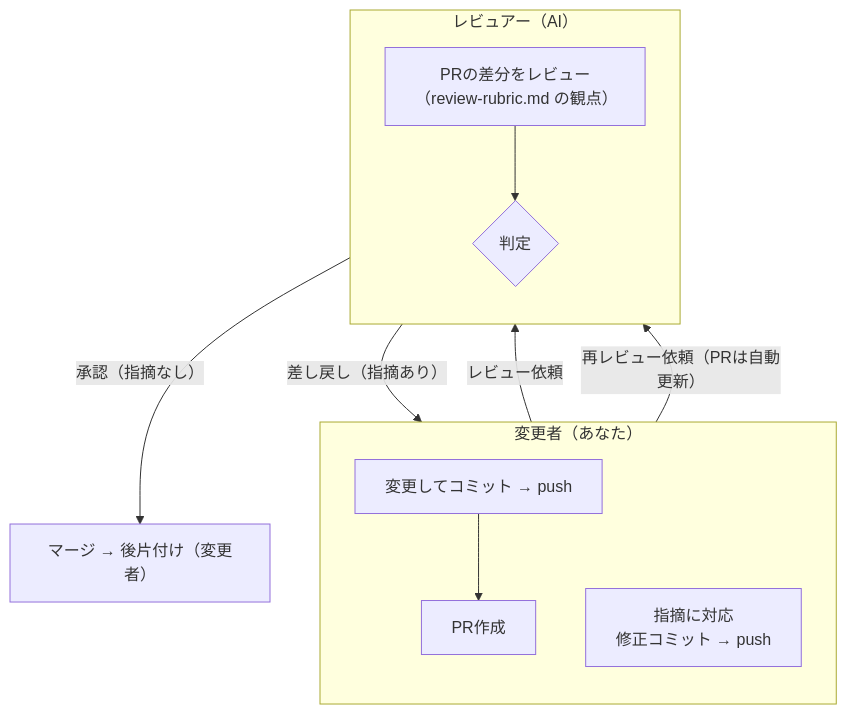
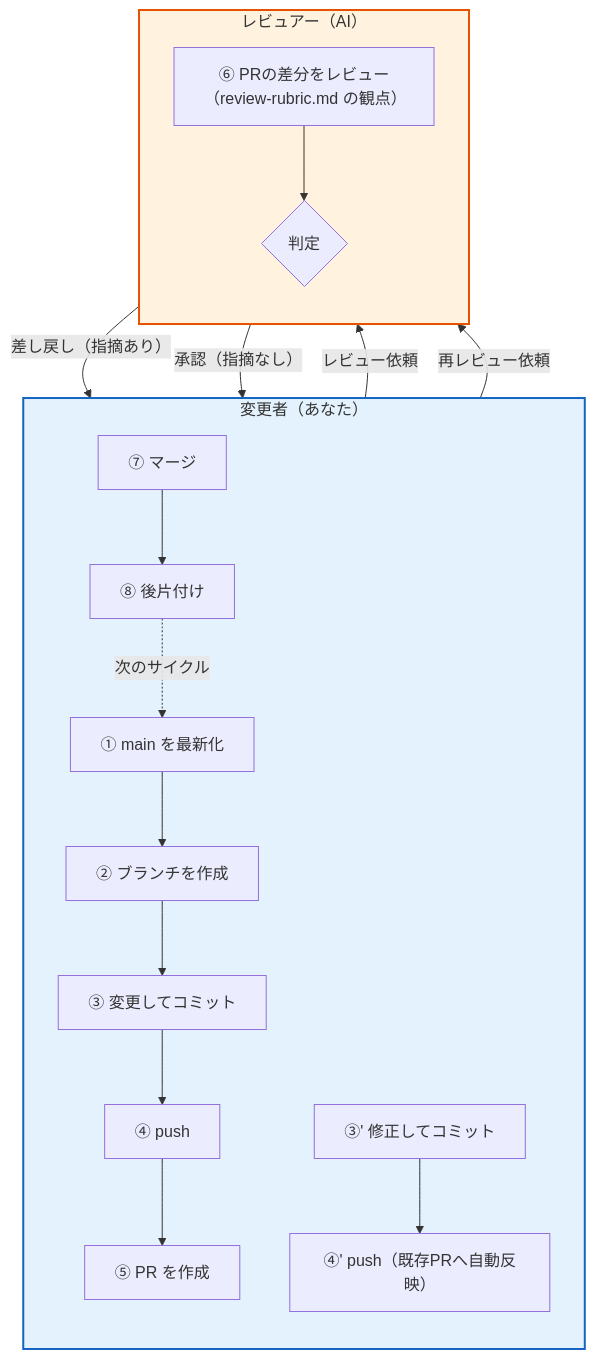
The second of 2 diagrams in docs/pr-workflow.md (mgmaru/coding-practice), drawn with Mermaid before and after one commit.

Commit message:
PR手順書: AIレビュー版の全体像を全フロー化＋レーン色分け
②の図を①〜⑧＋修正ループ＋次サイクルを含む完全版に拡充。
変更者レーン(青)/レビュアー(AI)レーン(オレンジ)で枠の色を分けて担い手を明確化。

````diff
--- a/docs/pr-workflow.md
+++ b/docs/pr-workflow.md
@@ -33,16 +33,24 @@
 ```mermaid
 flowchart TD
   subgraph DEV["変更者（あなた）"]
     direction TB
-    C["変更してコミット → push"] --> E["PR作成"]
-    FIX["指摘に対応<br/>修正コミット → push"]
+    A["① main を最新化"] --> B["② ブランチを作成"]
+    B --> C["③ 変更してコミット"]
+    C --> D["④ push"]
+    D --> E["⑤ PR を作成"]
+    FIX["③' 修正してコミット"] --> FIXP["④' push（既存PRへ自動反映）"]
+    H["⑦ マージ"] --> I["⑧ 後片付け"]
   end
   subgraph REV["レビュアー（AI）"]
     direction TB
-    RV["PRの差分をレビュー<br/>（review-rubric.md の観点）"] --> G{"判定"}
+    RV["⑥ PRの差分をレビュー<br/>（review-rubric.md の観点）"] --> G{"判定"}
   end
   E -->|"レビュー依頼"| RV
+  FIXP -->|"再レビュー依頼"| RV
   G -->|"差し戻し（指摘あり）"| FIX
-  FIX -->|"再レビュー依頼（PRは自動更新）"| RV
-  G -->|"承認（指摘なし）"| M["マージ → 後片付け（変更者）"]
+  G -->|"承認（指摘なし）"| H
+  I -. 次のサイクル .-> A
+
+  style DEV fill:#e3f2fd,stroke:#1565c0,stroke-width:2px
+  style REV fill:#fff3e0,stroke:#e65100,stroke-width:2px
 ```
````
